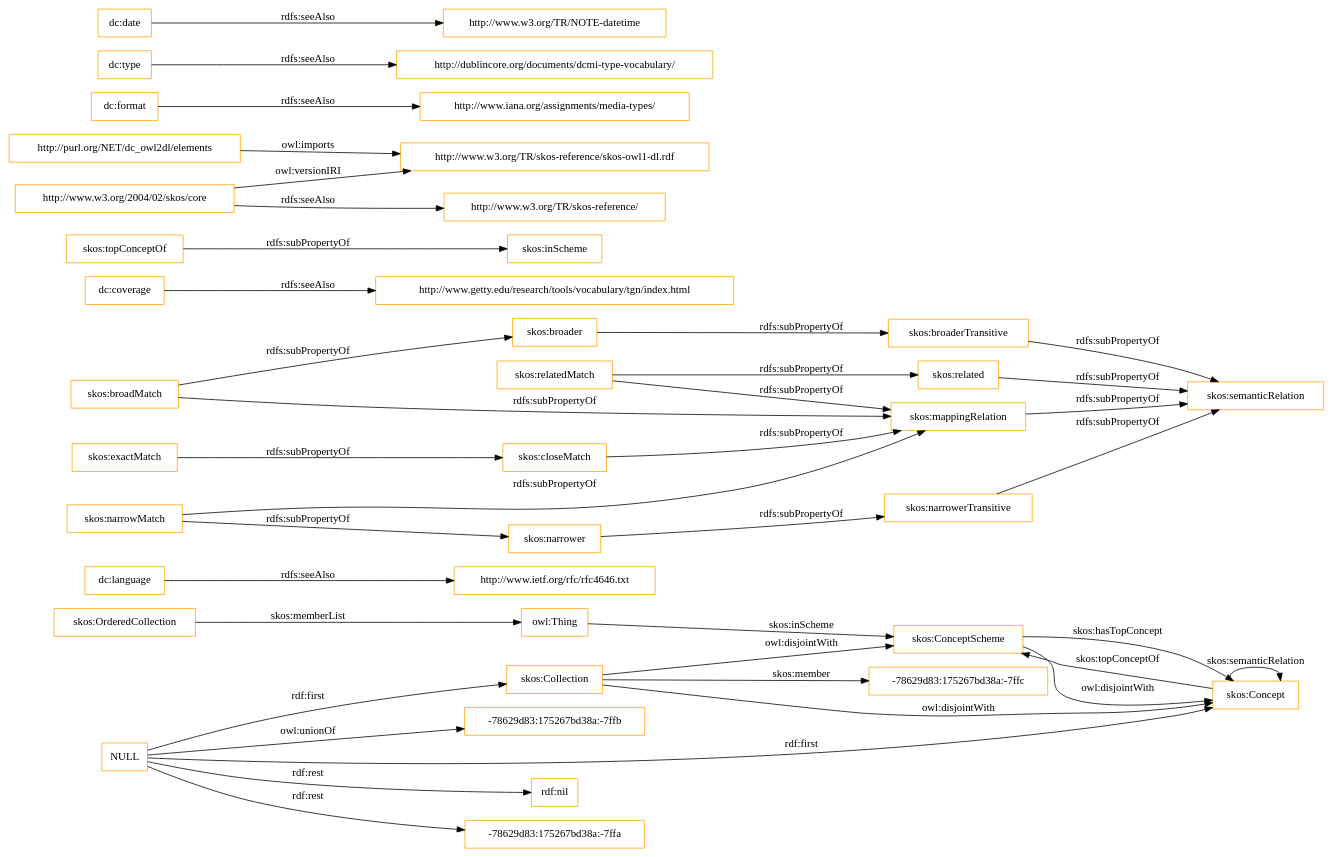
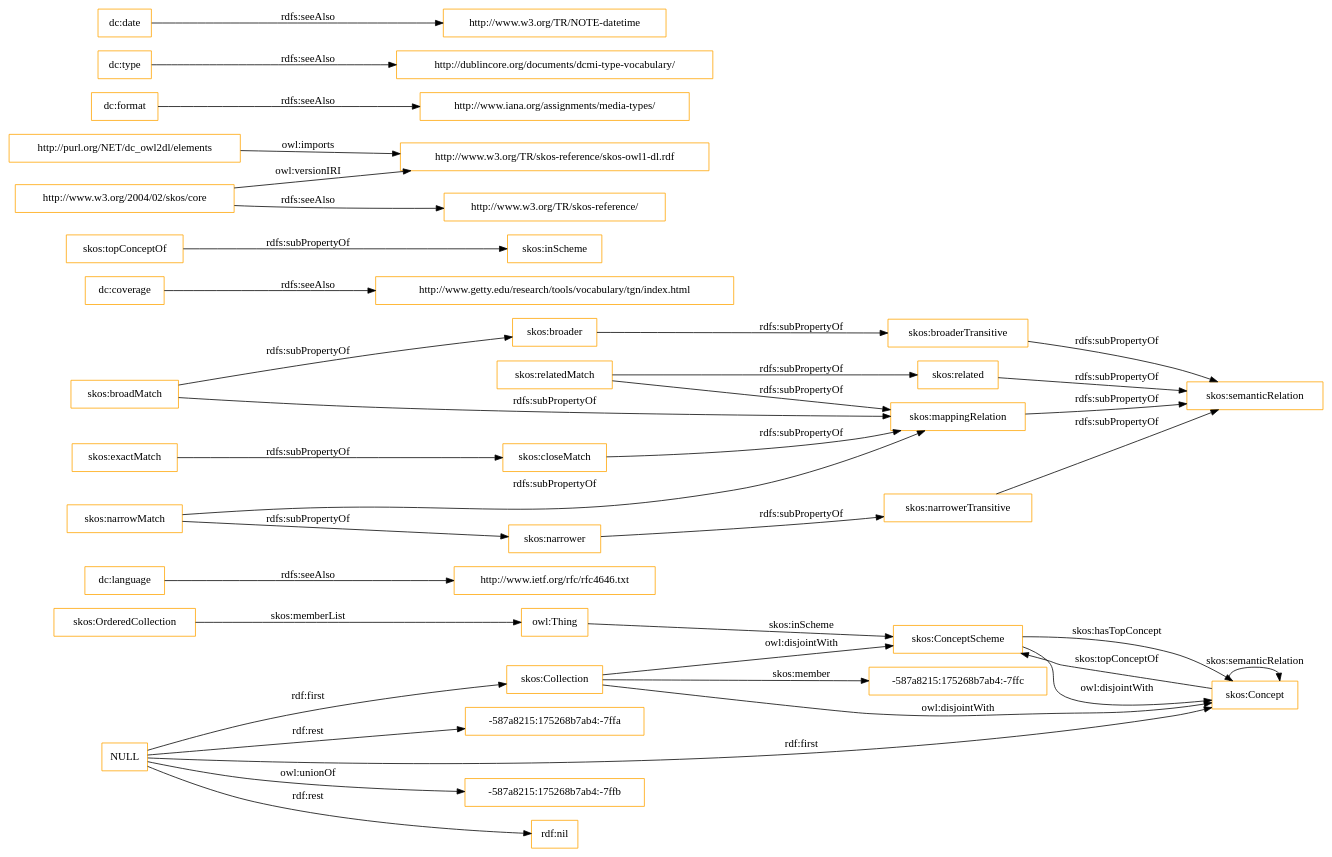
One commit to OnToologyUser/core-ontology-1 changed the diagram in OnToology/imports/elements.owl/diagrams/ar2dtool-class/elements.owl.png.dot. Above: the diagram before and after it, drawn with Graphviz. The commit also changed 14 other files, not shown here.

```diff
--- a/OnToology/imports/elements.owl/diagrams/ar2dtool-class/elements.owl.png.dot
+++ b/OnToology/imports/elements.owl/diagrams/ar2dtool-class/elements.owl.png.dot
@@ -1,43 +1,43 @@
 digraph ar2dtool_diagram { 
 rankdir=LR;
 size="1501"
-node [shape = rectangle, color="orange"]; "-78629d83:175267bd38a:-7ffc" "skos:OrderedCollection" "skos:Collection" "skos:ConceptScheme" "skos:Concept" ; /*classes style*/
+node [shape = rectangle, color="orange"]; "-587a8215:175268b7ab4:-7ffc" "skos:OrderedCollection" "skos:Collection" "skos:ConceptScheme" "skos:Concept" ; /*classes style*/
 	"dc:language" -> "http://www.ietf.org/rfc/rfc4646.txt" [ label = "rdfs:seeAlso" ];
+	"NULL" -> "-587a8215:175268b7ab4:-7ffb" [ label = "owl:unionOf" ];
 	"NULL" -> "rdf:nil" [ label = "rdf:rest" ];
 	"NULL" -> "skos:Collection" [ label = "rdf:first" ];
-	"NULL" -> "-78629d83:175267bd38a:-7ffa" [ label = "rdf:rest" ];
+	"NULL" -> "-587a8215:175268b7ab4:-7ffa" [ label = "rdf:rest" ];
 	"NULL" -> "skos:Concept" [ label = "rdf:first" ];
-	"NULL" -> "-78629d83:175267bd38a:-7ffb" [ label = "owl:unionOf" ];
 	"skos:closeMatch" -> "skos:mappingRelation" [ label = "rdfs:subPropertyOf" ];
 	"dc:coverage" -> "http://www.getty.edu/research/tools/vocabulary/tgn/index.html" [ label = "rdfs:seeAlso" ];
 	"skos:relatedMatch" -> "skos:related" [ label = "rdfs:subPropertyOf" ];
 	"skos:relatedMatch" -> "skos:mappingRelation" [ label = "rdfs:subPropertyOf" ];
 	"skos:ConceptScheme" -> "skos:Concept" [ label = "owl:disjointWith" ];
 	"skos:related" -> "skos:semanticRelation" [ label = "rdfs:subPropertyOf" ];
 	"skos:topConceptOf" -> "skos:inScheme" [ label = "rdfs:subPropertyOf" ];
 	"skos:broadMatch" -> "skos:broader" [ label = "rdfs:subPropertyOf" ];
 	"skos:broadMatch" -> "skos:mappingRelation" [ label = "rdfs:subPropertyOf" ];
 	"http://purl.org/NET/dc_owl2dl/elements" -> "http://www.w3.org/TR/skos-reference/skos-owl1-dl.rdf" [ label = "owl:imports" ];
 	"skos:exactMatch" -> "skos:closeMatch" [ label = "rdfs:subPropertyOf" ];
 	"dc:format" -> "http://www.iana.org/assignments/media-types/" [ label = "rdfs:seeAlso" ];
 	"skos:broaderTransitive" -> "skos:semanticRelation" [ label = "rdfs:subPropertyOf" ];
 	"dc:type" -> "http://dublincore.org/documents/dcmi-type-vocabulary/" [ label = "rdfs:seeAlso" ];
 	"skos:broader" -> "skos:broaderTransitive" [ label = "rdfs:subPropertyOf" ];
 	"skos:mappingRelation" -> "skos:semanticRelation" [ label = "rdfs:subPropertyOf" ];
 	"http://www.w3.org/2004/02/skos/core" -> "http://www.w3.org/TR/skos-reference/skos-owl1-dl.rdf" [ label = "owl:versionIRI" ];
 	"http://www.w3.org/2004/02/skos/core" -> "http://www.w3.org/TR/skos-reference/" [ label = "rdfs:seeAlso" ];
 	"skos:Collection" -> "skos:ConceptScheme" [ label = "owl:disjointWith" ];
 	"skos:Collection" -> "skos:Concept" [ label = "owl:disjointWith" ];
 	"skos:narrowMatch" -> "skos:narrower" [ label = "rdfs:subPropertyOf" ];
 	"skos:narrowMatch" -> "skos:mappingRelation" [ label = "rdfs:subPropertyOf" ];
 	"skos:narrower" -> "skos:narrowerTransitive" [ label = "rdfs:subPropertyOf" ];
 	"dc:date" -> "http://www.w3.org/TR/NOTE-datetime" [ label = "rdfs:seeAlso" ];
 	"skos:narrowerTransitive" -> "skos:semanticRelation" [ label = "rdfs:subPropertyOf" ];
 	"skos:OrderedCollection" -> "owl:Thing" [ label = "skos:memberList" ];
 	"skos:Concept" -> "skos:ConceptScheme" [ label = "skos:topConceptOf" ];
 	"skos:Concept" -> "skos:Concept" [ label = "skos:semanticRelation" ];
-	"skos:Collection" -> "-78629d83:175267bd38a:-7ffc" [ label = "skos:member" ];
+	"skos:Collection" -> "-587a8215:175268b7ab4:-7ffc" [ label = "skos:member" ];
 	"skos:ConceptScheme" -> "skos:Concept" [ label = "skos:hasTopConcept" ];
 	"owl:Thing" -> "skos:ConceptScheme" [ label = "skos:inScheme" ];
 
 }
```
